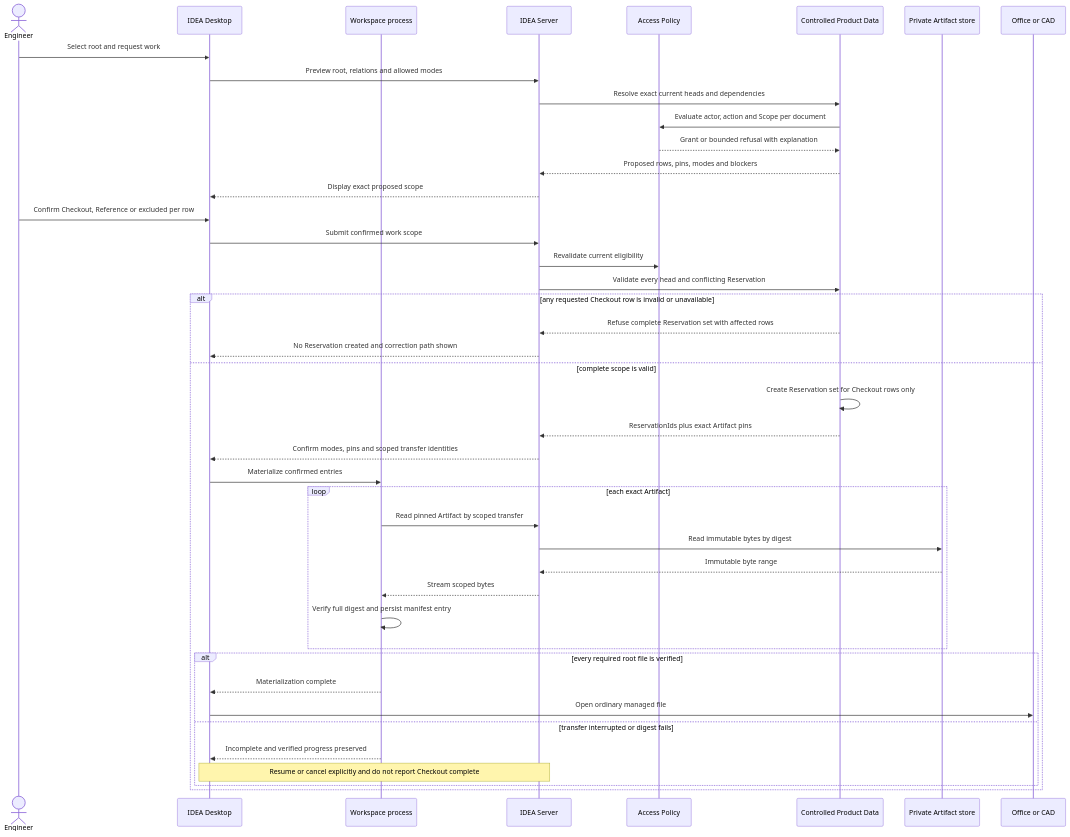
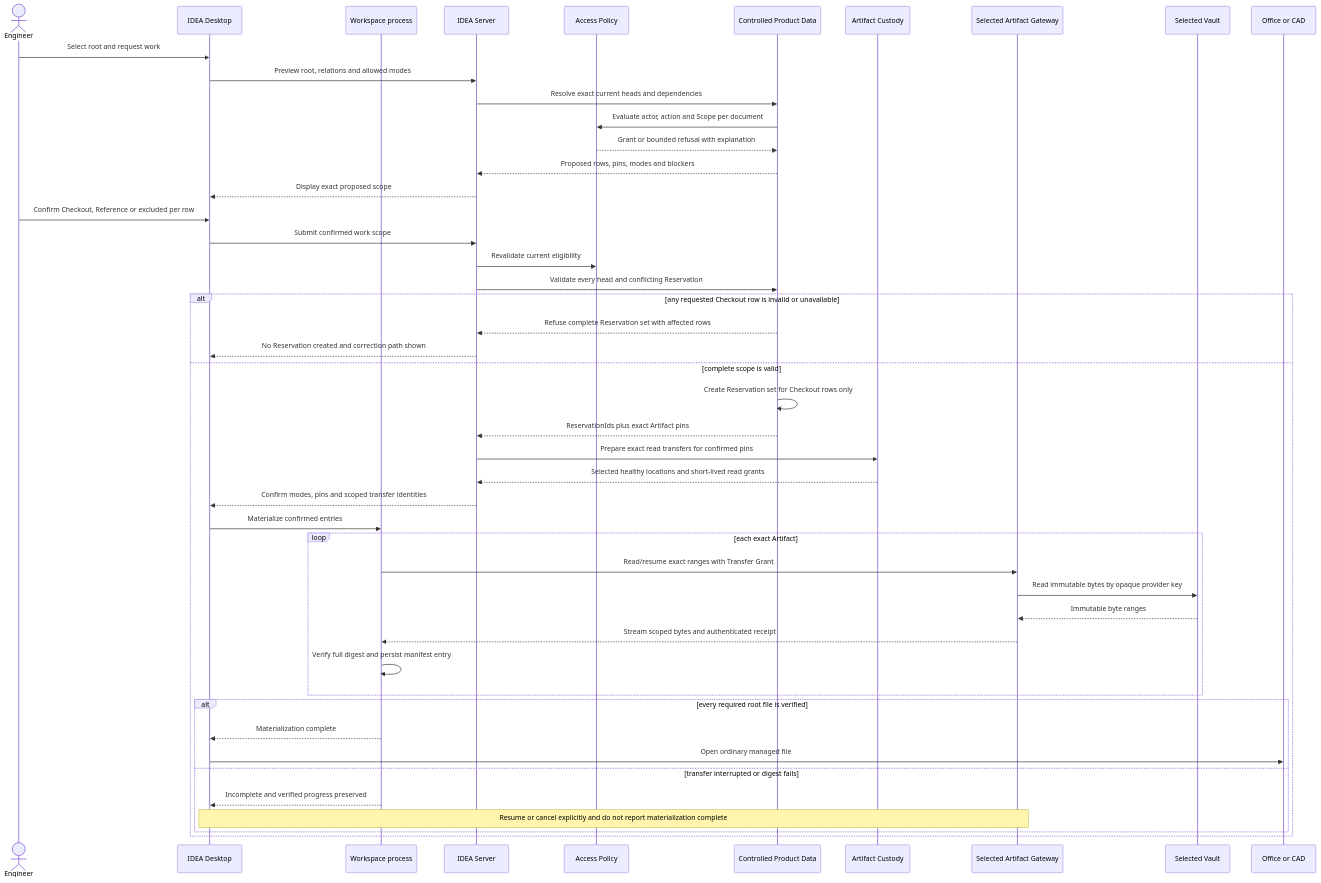
Before and after one commit to devphuclam/IDEAEngineering: diagram 11 of 28 in docs/product/instances/idea-engineering/DOC-05-architecture-description.md, drawn with Mermaid. The commit also changed other lines of this file and 496 other files, not shown here.

Commit message:
docs: update vault architecture and clean repository evidence

````diff
--- a/docs/product/instances/idea-engineering/DOC-05-architecture-description.md
+++ b/docs/product/instances/idea-engineering/DOC-05-architecture-description.md
@@ -910,49 +946,53 @@
 ```mermaid
 sequenceDiagram
     accTitle: Confirmed Checkout and Reference materialization
-    accDescr: The engineer first sees and confirms an exact document scope. The server evaluates permission and current state for every row. One conflict refuses the requested Reservation set. If valid, the server creates Reservations only for Checkout rows, returns exact Artifact pins for both modes, and mediates each Store-to-Workspace byte stream so the Workspace verifies each digest before updating its manifest or opening the root file.
+    accDescr: The engineer first sees and confirms an exact document scope. The Server evaluates permission and current state for every row. One conflict refuses the requested Reservation set. If valid, the Server creates Reservations only for Checkout rows. Artifact Custody selects a healthy verified location and returns a short-lived read grant. Exact bytes then flow directly from the selected Vault through its Gateway to the Workspace, which verifies the digest before updating its manifest or opening the root file.
 
     actor Engineer
     participant Desktop as IDEA Desktop
     participant Workspace as Workspace process
     participant Server as IDEA Server
     participant Policy as Access Policy
     participant Product as Controlled Product Data
-    participant Store as Private Artifact store
+    participant Custody as Artifact Custody
+    participant Gateway as Selected Artifact Gateway
+    participant Vault as Selected Vault
     participant Tool as Office or CAD
 
     Engineer->>Desktop: Select root and request work
     Desktop->>Server: Preview root, relations and allowed modes
     Server->>Product: Resolve exact current heads and dependencies
     Product->>Policy: Evaluate actor, action and Scope per document
     Policy-->>Product: Grant or bounded refusal with explanation
     Product-->>Server: Proposed rows, pins, modes and blockers
     Server-->>Desktop: Display exact proposed scope
     Engineer->>Desktop: Confirm Checkout, Reference or excluded per row
     Desktop->>Server: Submit confirmed work scope
     Server->>Policy: Revalidate current eligibility
     Server->>Product: Validate every head and conflicting Reservation
     alt any requested Checkout row is invalid or unavailable
         Product-->>Server: Refuse complete Reservation set with affected rows
         Server-->>Desktop: No Reservation created and correction path shown
     else complete scope is valid
         Product->>Product: Create Reservation set for Checkout rows only
         Product-->>Server: ReservationIds plus exact Artifact pins
+        Server->>Custody: Prepare exact read transfers for confirmed pins
+        Custody-->>Server: Selected healthy locations and short-lived read grants
         Server-->>Desktop: Confirm modes, pins and scoped transfer identities
         Desktop->>Workspace: Materialize confirmed entries
         loop each exact Artifact
-            Workspace->>Server: Read pinned Artifact by scoped transfer
-            Server->>Store: Read immutable bytes by digest
-            Store-->>Server: Immutable byte range
-            Server-->>Workspace: Stream scoped bytes
+            Workspace->>Gateway: Read/resume exact ranges with Transfer Grant
+            Gateway->>Vault: Read immutable bytes by opaque provider key
+            Vault-->>Gateway: Immutable byte ranges
+            Gateway-->>Workspace: Stream scoped bytes and authenticated receipt
             Workspace->>Workspace: Verify full digest and persist manifest entry
         end
         alt every required root file is verified
             Workspace-->>Desktop: Materialization complete
             Desktop->>Tool: Open ordinary managed file
         else transfer interrupted or digest fails
             Workspace-->>Desktop: Incomplete and verified progress preserved
-            Note over Desktop,Server: Resume or cancel explicitly and do not report Checkout complete
+            Note over Desktop,Gateway: Resume or cancel explicitly and do not report materialization complete
         end
     end
 ```
````
